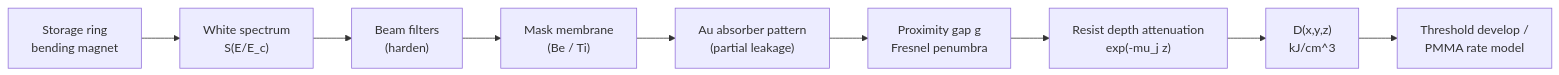
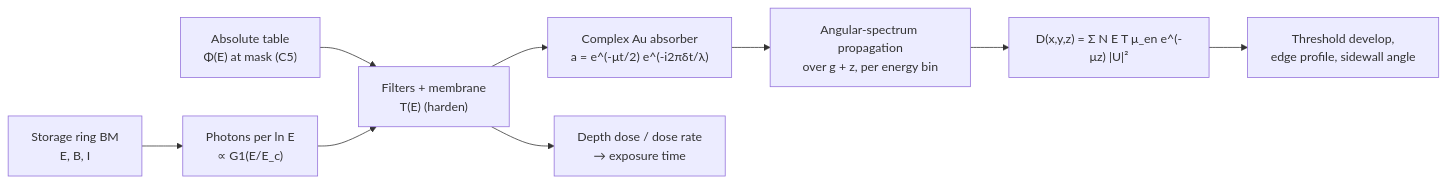
One commit to sonoransun/highuvlith changed the diagram in docs/processes/liga-deep-xray.md. Above: the diagram before and after it, drawn with Mermaid. The commit also changed other lines of this file and 496 other files, not shown here.

````diff
--- a/docs/processes/liga-deep-xray.md
+++ b/docs/processes/liga-deep-xray.md
@@ -13,11 +13,11 @@
 ```mermaid
 flowchart LR
-    A["Storage ring<br/>bending magnet"] --> B["White spectrum<br/>S(E/E_c)"]
-    B --> C["Beam filters<br/>(harden)"]
-    C --> D["Mask membrane<br/>(Be / Ti)"]
-    D --> E["Au absorber pattern<br/>(partial leakage)"]
-    E --> F["Proximity gap g<br/>Fresnel penumbra"]
-    F --> G["Resist depth attenuation<br/>exp(-mu_j z)"]
-    G --> H["D(x,y,z)<br/>kJ/cm^3"]
-    H --> I["Threshold develop /<br/>PMMA rate model"]
+    A["Storage ring BM<br/>E, B, I"] --> B["Photons per ln E<br/>∝ G1(E/E_c)"]
+    T["Absolute table<br/>Φ(E) at mask (C5)"] --> C
+    B --> C["Filters + membrane<br/>T(E) (harden)"]
+    C --> D["Complex Au absorber<br/>a = e^(-μt/2) e^(-i2πδt/λ)"]
+    D --> F["Angular-spectrum propagation<br/>over g + z, per energy bin"]
+    F --> G["D(x,y,z) = Σ N E T μ_en e^(-μz) |U|²"]
+    C --> H["Depth dose / dose rate<br/>→ exposure time"]
+    G --> I["Threshold develop,<br/>edge profile, sidewall angle"]
 ```
````
